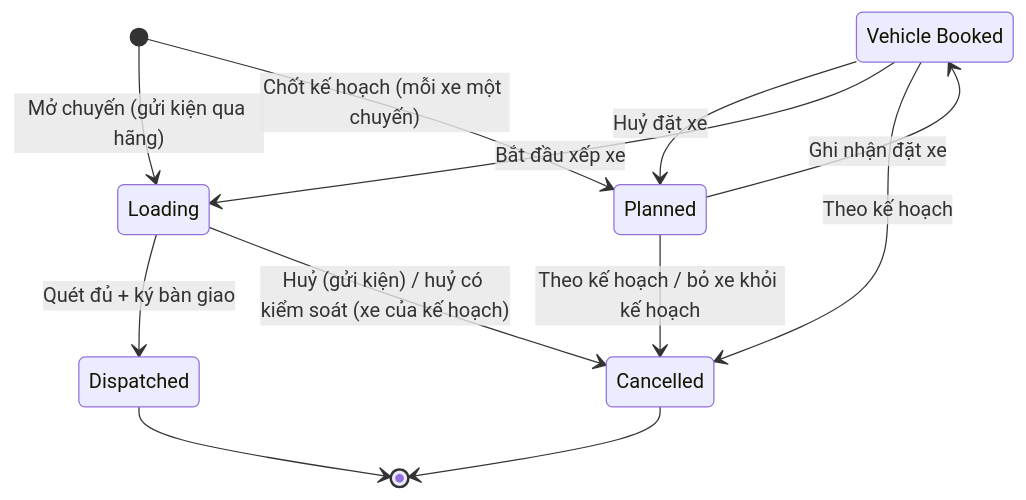
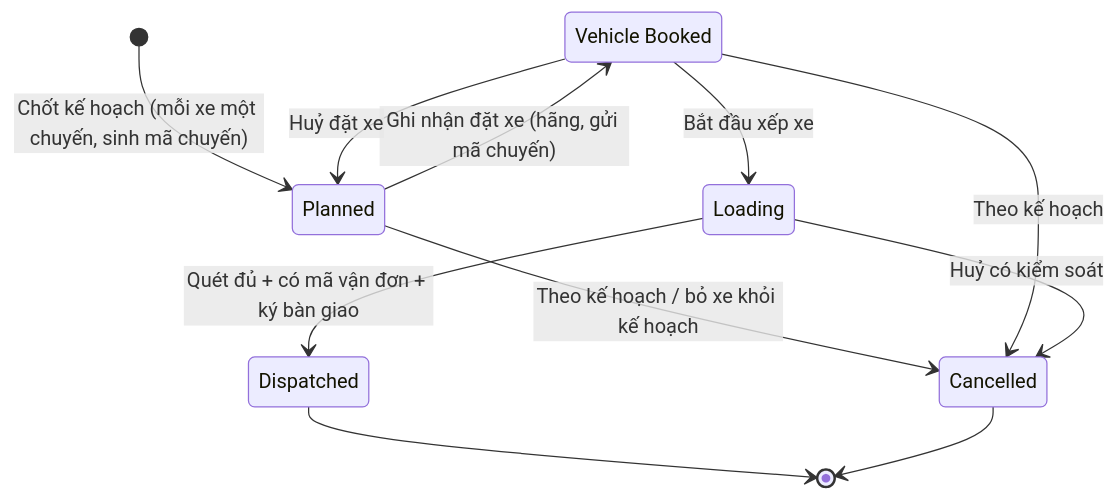
The second of 3 diagrams in docs/warehouse/09-shipping/README.md (KLTN-FA26/docs), drawn with Mermaid before and after one commit. The commit also changed other lines of this file and 16 other files, not shown here.

````diff
--- a/docs/warehouse/09-shipping/README.md
+++ b/docs/warehouse/09-shipping/README.md
@@ -270,16 +426,15 @@
 ```mermaid
 stateDiagram-v2
     state "Vehicle Booked" as VehicleBooked
 
-    [*] --> Loading: Mở chuyến (gửi kiện qua hãng)
-    [*] --> Planned: Chốt kế hoạch (mỗi xe một chuyến)
-    Planned --> VehicleBooked: Ghi nhận đặt xe
+    [*] --> Planned: Chốt kế hoạch (mỗi xe một chuyến, sinh mã chuyến)
+    Planned --> VehicleBooked: Ghi nhận đặt xe (hãng, gửi mã chuyến)
     VehicleBooked --> Planned: Huỷ đặt xe
     VehicleBooked --> Loading: Bắt đầu xếp xe
-    Loading --> Dispatched: Quét đủ + ký bàn giao
+    Loading --> Dispatched: Quét đủ + có mã vận đơn + ký bàn giao
     Planned --> Cancelled: Theo kế hoạch / bỏ xe khỏi kế hoạch
     VehicleBooked --> Cancelled: Theo kế hoạch
-    Loading --> Cancelled: Huỷ (gửi kiện) / huỷ có kiểm soát (xe của kế hoạch)
+    Loading --> Cancelled: Huỷ có kiểm soát
     Dispatched --> [*]
     Cancelled --> [*]
 ```
````
